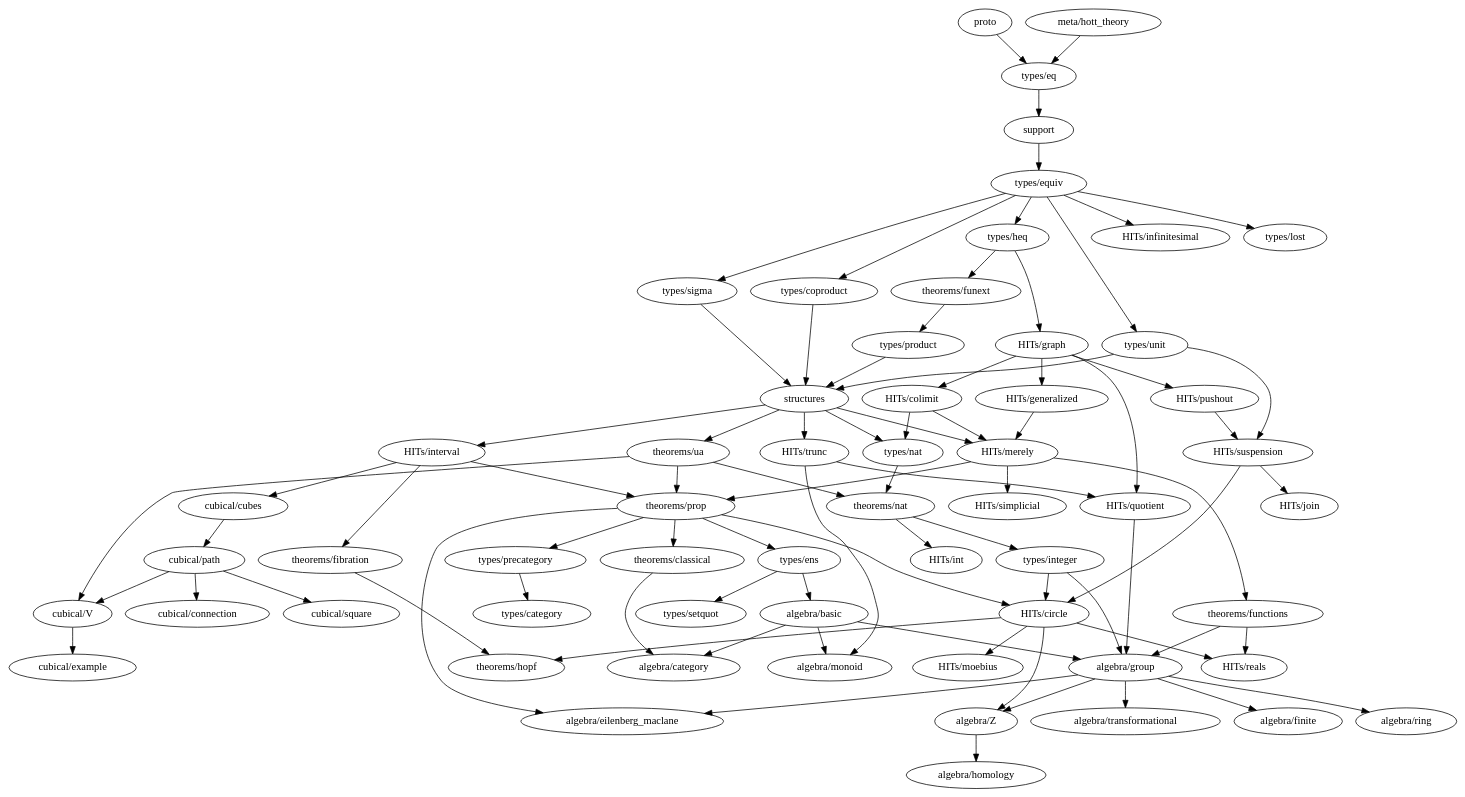
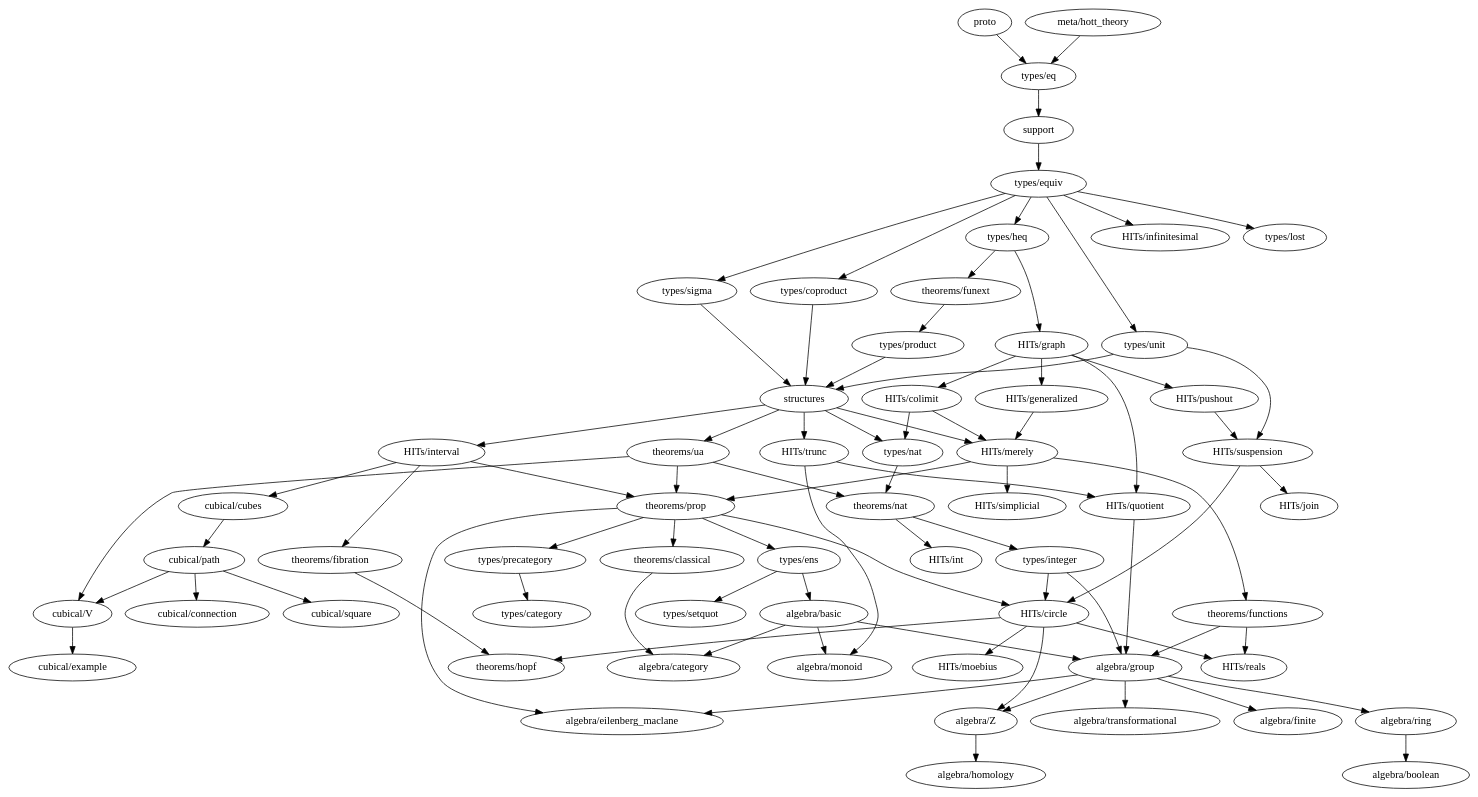
Before and after one commit to forked-from-1kasper/ground_zero: the diagram in dependency-map.gv, drawn with Graphviz. The commit also changed 2 other files, not shown here.

```diff
--- a/dependency-map.gv
+++ b/dependency-map.gv
@@ -1,132 +1,133 @@
 digraph dependency_map {
   proto -> "types/eq"
   "meta/hott_theory" -> "types/eq"
   support -> "types/equiv"
   structures -> {
     "HITs/interval",
     "HITs/merely",
     "HITs/trunc",
     "types/nat",
     "theorems/ua"
   }
 
   subgraph algebra {
     "algebra/basic" -> { "algebra/category", "algebra/monoid", "algebra/group" }
+    "algebra/boolean"
     "algebra/category"
     "algebra/eilenberg_maclane"
     "algebra/finite"
     "algebra/group" -> {
       "algebra/eilenberg_maclane",
       "algebra/finite",
       "algebra/ring",
       "algebra/transformational",
       "algebra/Z"
     }
     "algebra/homology"
     "algebra/monoid"
-    "algebra/ring"
+    "algebra/ring" -> { "algebra/boolean" }
     "algebra/transformational"
     "algebra/Z" -> { "algebra/homology" }
   }
 
   subgraph types {
     "types/category"
     "types/coproduct" -> { structures }
     "types/eq" -> { support }
     "types/ens" -> { "algebra/basic", "types/setquot" }
     "types/equiv" -> {
       "types/heq",
       "HITs/infinitesimal",
       "types/coproduct",
       "types/lost",
       "types/unit",
       "types/sigma"
     }
     "types/heq" -> {
       "HITs/graph", "theorems/funext"
     }
     "types/integer" -> {
       "algebra/group",
       "HITs/circle"
     }
     "types/lost"
     "types/nat" -> { "theorems/nat" }
     "types/precategory" -> { "types/category" }
     "types/product" -> { structures }
     "types/setquot"
     "types/sigma" -> { structures }
     "types/unit" -> { structures, "HITs/suspension" }
   }
 
   subgraph HITs {
     "HITs/circle" -> {
       "algebra/Z",
       "theorems/hopf",
       "HITs/moebius",
       "HITs/reals"
     }
     "HITs/colimit" -> { "HITs/merely", "types/nat" }
     "HITs/generalized" -> "HITs/merely"
     "HITs/graph" -> {
       "HITs/colimit",
       "HITs/generalized",
       "HITs/pushout",
       "HITs/quotient"
     }
     "HITs/infinitesimal"
     "HITs/interval" -> {
       "cubical/cubes",
       "theorems/prop",
       "theorems/fibration"
     }
     "HITs/join"
     "HITs/merely" -> {
       "theorems/prop",
       "HITs/simplicial",
       "theorems/functions"
     }
     "HITs/moebius"
     "HITs/pushout" -> {
       "HITs/suspension"
     }
     "HITs/quotient" -> { "algebra/group" }
     "HITs/reals"
     "HITs/simplicial"
     "HITs/suspension" -> { "HITs/circle", "HITs/join" }
     "HITs/trunc" -> { "algebra/monoid", "HITs/quotient" }
   }
 
   subgraph cubical {
     "cubical/connection"
     "cubical/cubes" -> "cubical/path"
     "cubical/example"
     "cubical/path" -> {
       "cubical/square",
       "cubical/V",
       "cubical/connection"
     }
     "cubical/square"
     "cubical/V" -> { "cubical/example" }
   }
 
   subgraph theorems {
     "theorems/classical" -> { "algebra/category" }
     "theorems/fibration" -> { "theorems/hopf" }
     "theorems/functions" -> { "HITs/reals", "algebra/group" }
     "theorems/funext" -> { "types/product" }
     "theorems/hopf"
     "theorems/nat" -> { "HITs/int", "types/integer" }
     "theorems/prop" -> {
       "algebra/eilenberg_maclane",
       "HITs/circle",
       "types/ens",
       "types/precategory",
       "theorems/classical"
     }
     "theorems/ua" -> {
       "theorems/nat",
       "theorems/prop",
       "cubical/V"
     }
   }
 }
```
